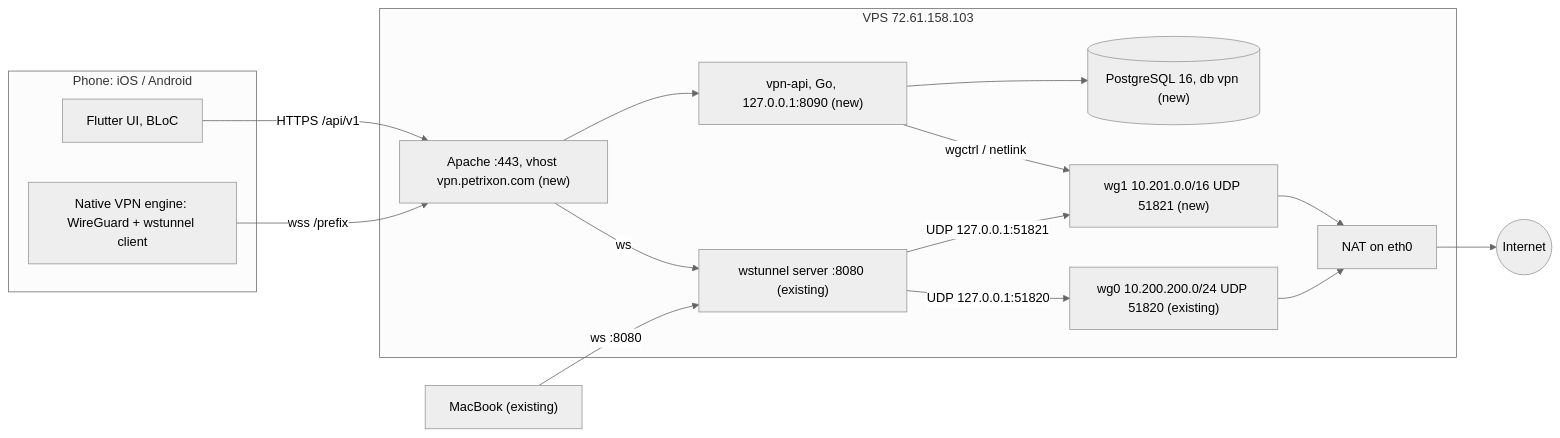
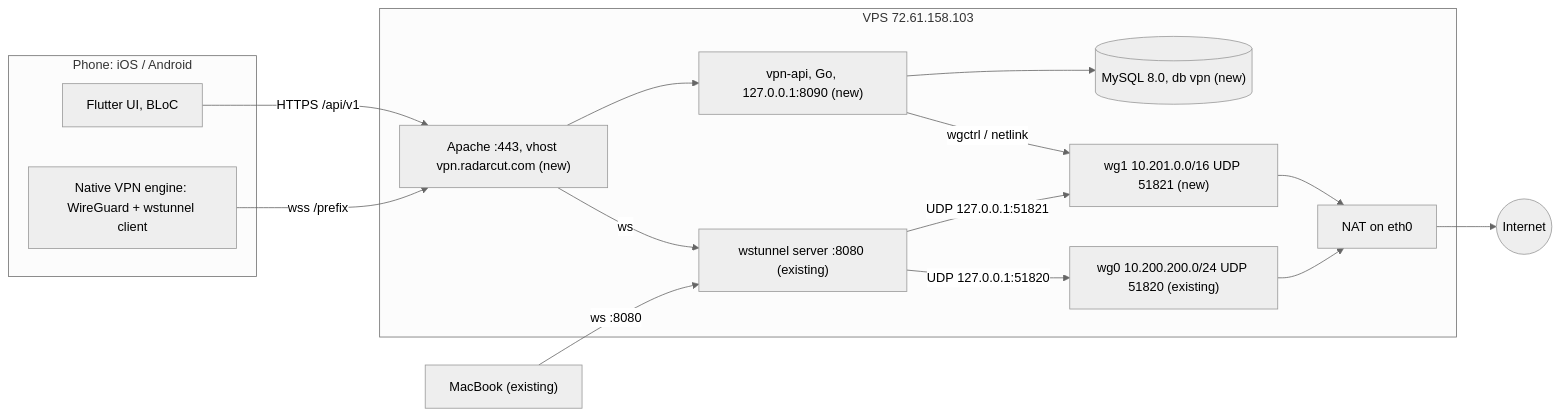
Before and after one commit to TomasPetrik/vpn: the first of 3 diagrams in docs/architecture.md, drawn with Mermaid (neutral theme). The commit also changed other lines of this file and 7 other files, not shown here.

Commit message:
Switch docs to vpn.radarcut.com and MySQL 8.0

````diff
--- a/docs/architecture.md
+++ b/docs/architecture.md
@@ -15,29 +15,29 @@
 ```mermaid
 flowchart LR
   subgraph phone["Phone: iOS / Android"]
     ui["Flutter UI, BLoC"]
     engine["Native VPN engine: WireGuard + wstunnel client"]
   end
   subgraph vps["VPS 72.61.158.103"]
-    apache["Apache :443, vhost vpn.petrixon.com (new)"]
+    apache["Apache :443, vhost vpn.radarcut.com (new)"]
     api["vpn-api, Go, 127.0.0.1:8090 (new)"]
-    pg[("PostgreSQL 16, db vpn (new)")]
+    db[("MySQL 8.0, db vpn (new)")]
     wst["wstunnel server :8080 (existing)"]
     wg1["wg1 10.201.0.0/16 UDP 51821 (new)"]
     wg0["wg0 10.200.200.0/24 UDP 51820 (existing)"]
     nat["NAT on eth0"]
   end
   mac["MacBook (existing)"]
   ui -- "HTTPS /api/v1" --> apache
   apache --> api
-  api --> pg
+  api --> db
   api -- "wgctrl / netlink" --> wg1
   engine -- "wss /prefix" --> apache
   apache -- "ws" --> wst
   wst -- "UDP 127.0.0.1:51821" --> wg1
   mac -- "ws :8080" --> wst
   wst -- "UDP 127.0.0.1:51820" --> wg0
   wg1 --> nat
   wg0 --> nat
   nat --> internet((Internet))
 ```
````
